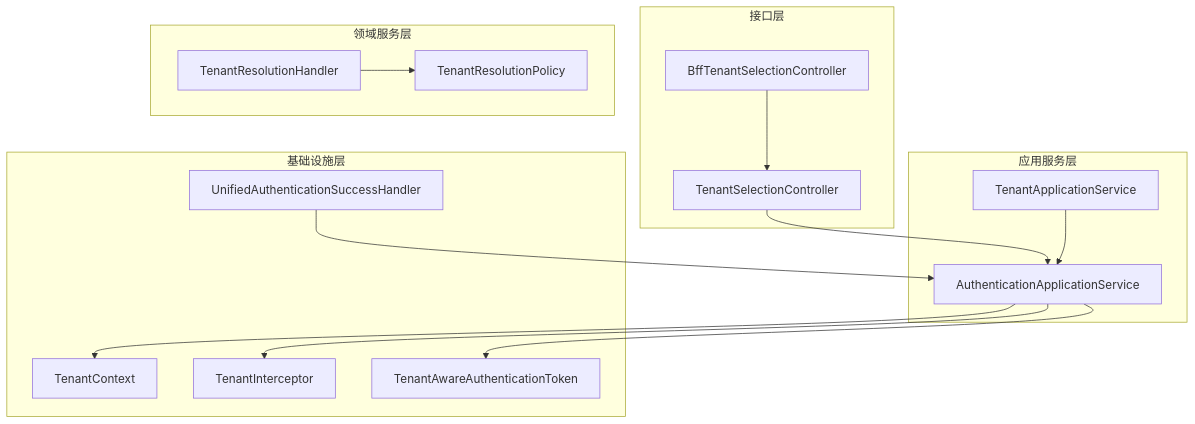
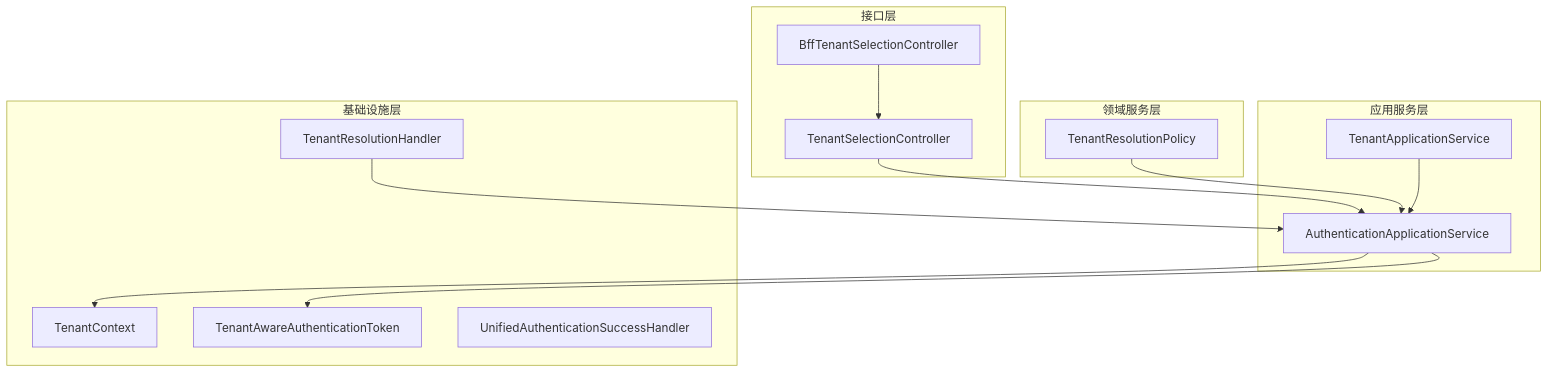
One commit to fq0121104930716/iam-platform changed the sixth of 6 diagrams in .qoder/repowiki/zh/content/核心模块/认证服务器 (iam-auth-server)/Web控制器层/租户选择控制器.md. Above: the diagram before and after it, drawn with Mermaid. The commit also changed other lines of this file and 13 other files, not shown here.

````diff
--- a/.qoder/repowiki/zh/content/核心模块/认证服务器 (iam-auth-server)/Web控制器层/租户选择控制器.md
+++ b/.qoder/repowiki/zh/content/核心模块/认证服务器 (iam-auth-server)/Web控制器层/租户选择控制器.md
@@ -285,29 +294,27 @@
 ```mermaid
 graph TB
 subgraph "接口层"
 A[TenantSelectionController]
 B[BffTenantSelectionController]
 end
 subgraph "应用服务层"
 C[AuthenticationApplicationService]
 D[TenantApplicationService]
 end
 subgraph "基础设施层"
 E[TenantContext]
-F[TenantInterceptor]
-G[TenantAwareAuthenticationToken]
-H[UnifiedAuthenticationSuccessHandler]
+F[TenantAwareAuthenticationToken]
+G[UnifiedAuthenticationSuccessHandler]
+H[TenantResolutionHandler]
 end
 subgraph "领域服务层"
-I[TenantResolutionHandler]
-J[TenantResolutionPolicy]
+I[TenantResolutionPolicy]
 end
 A --> C
 B --> A
 C --> E
 C --> F
-C --> G
 H --> C
-I --> J
+I --> C
 D --> C
 ```
````
